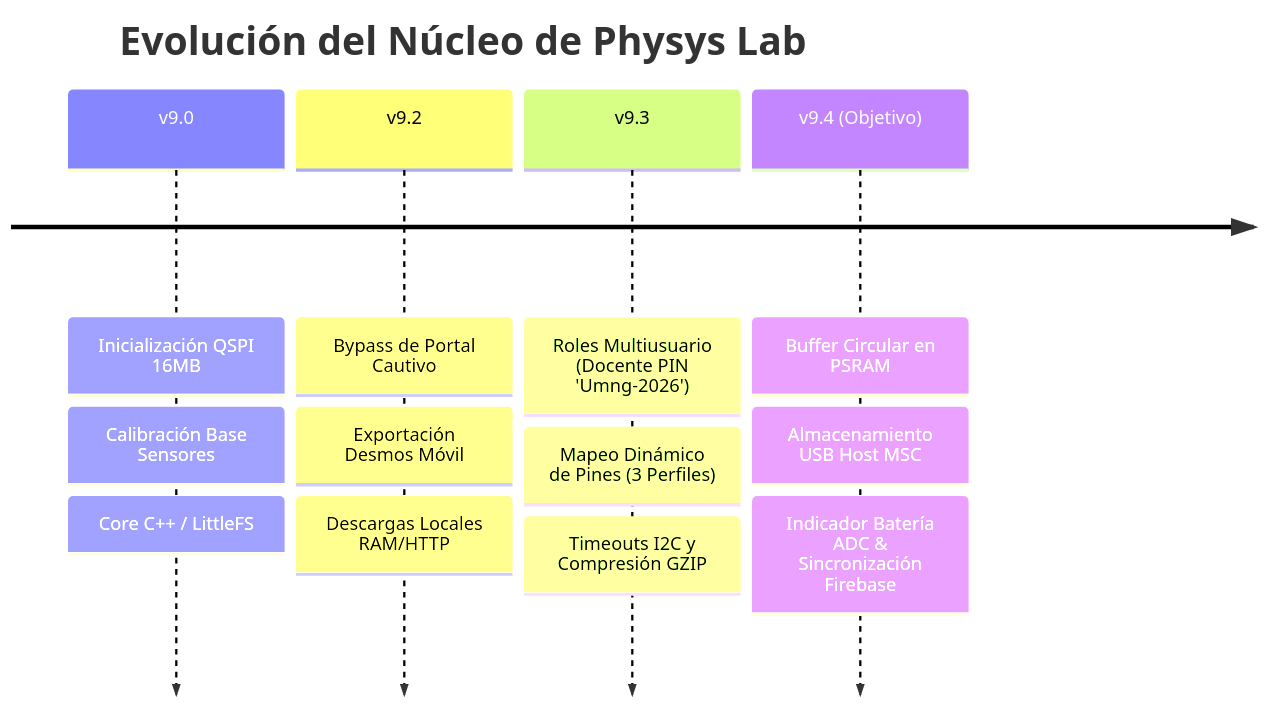
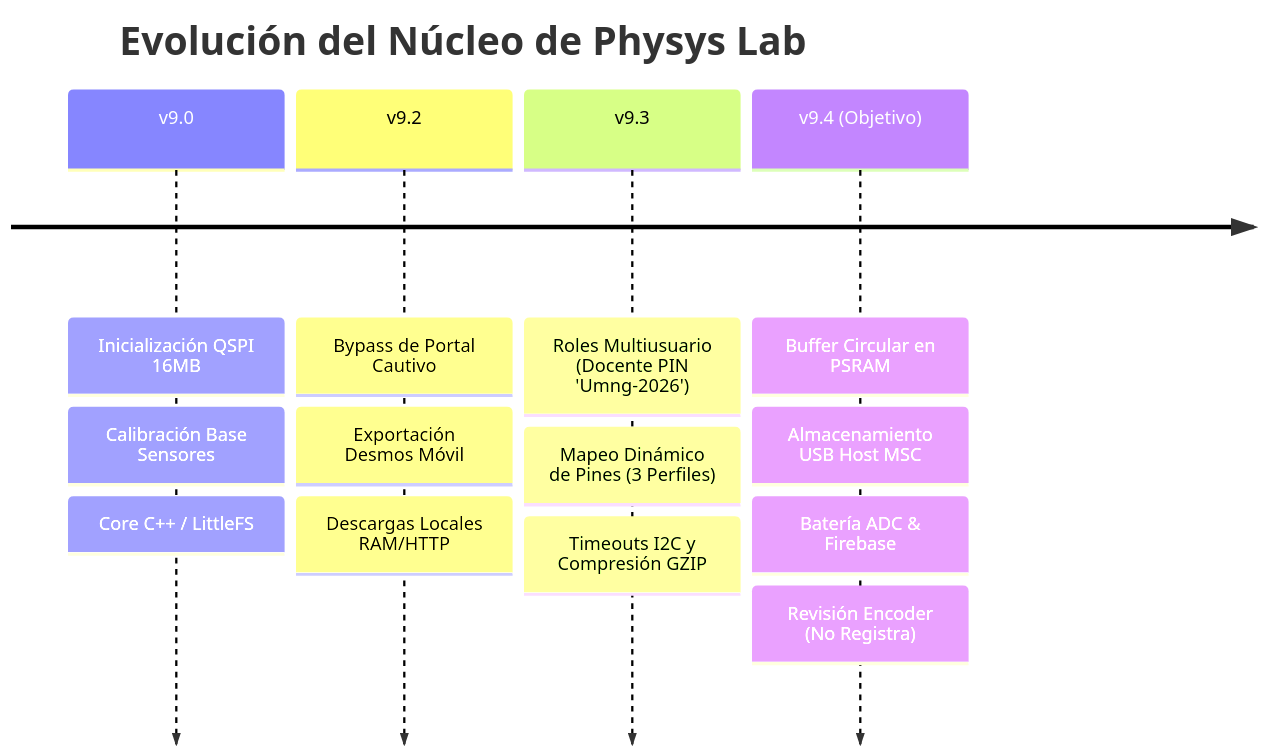
Before and after one commit to nerinconq/ESP32S3-UMNG: the diagram in Planes_AI/CHECKLIST_DESARROLLO_V9.md, drawn with Mermaid. The commit also changed other lines of this file and 15 other files, not shown here.

````diff
--- a/Planes_AI/CHECKLIST_DESARROLLO_V9.md
+++ b/Planes_AI/CHECKLIST_DESARROLLO_V9.md
@@ -8,8 +8,8 @@
 ```mermaid
 timeline
     title Evolución del Núcleo de Physys Lab
     v9.0 : Inicialización QSPI 16MB : Calibración Base Sensores : Core C++ / LittleFS
     v9.2 : Bypass de Portal Cautivo : Exportación Desmos Móvil : Descargas Locales RAM/HTTP
     v9.3 : Roles Multiusuario (Docente PIN 'Umng-2026') : Mapeo Dinámico de Pines (3 Perfiles) : Timeouts I2C y Compresión GZIP
-    v9.4 (Objetivo) : Buffer Circular en PSRAM : Almacenamiento USB Host MSC : Indicador Batería ADC & Sincronización Firebase
+    v9.4 (Objetivo) : Buffer Circular en PSRAM : Almacenamiento USB Host MSC : Batería ADC & Firebase : Revisión Encoder (No Registra)
 ```
````
